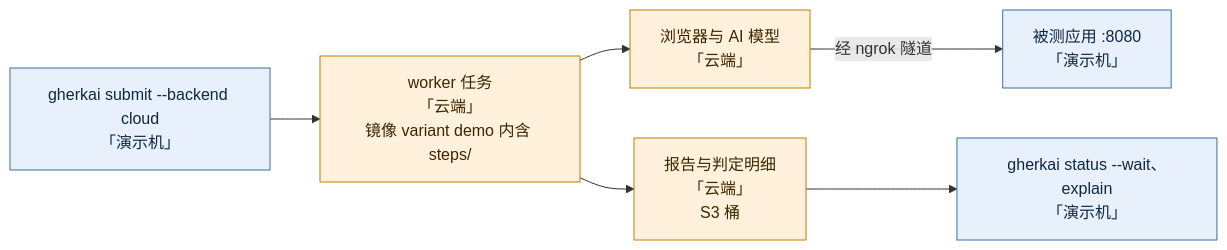
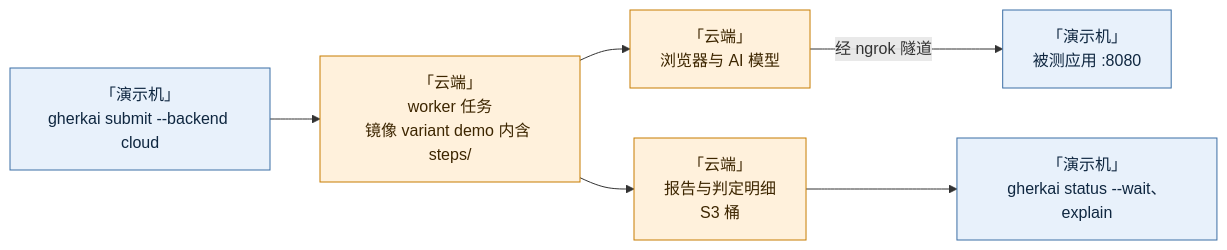
One commit to zhiyanliu/gherkai-webapp-demo changed the third of 3 diagrams in docs/demo-runbook.md. Above: the diagram before and after it, drawn with Mermaid. The commit also changed other lines of this file, not shown here.

Commit message:
runbook 环境图：位置标签挪到每个节点的第一行

````diff
--- a/docs/demo-runbook.md
+++ b/docs/demo-runbook.md
@@ -80,9 +80,9 @@
 ```mermaid
 flowchart LR
-    CLI["gherkai submit --backend cloud<br/>「演示机」"] --> WK["worker 任务<br/>「云端」<br/>镜像 variant demo 内含 steps/"] --> BR["浏览器与 AI 模型<br/>「云端」"] -- "经 ngrok 隧道" --> APP["被测应用 :8080<br/>「演示机」"]
-    WK --> S3["报告与判定明细<br/>「云端」<br/>S3 桶"] --> RD["gherkai status --wait、explain<br/>「演示机」"]
+    CLI["「演示机」<br/>gherkai submit --backend cloud"] --> WK["「云端」<br/>worker 任务<br/>镜像 variant demo 内含 steps/"] --> BR["「云端」<br/>浏览器与 AI 模型"] -- "经 ngrok 隧道" --> APP["「演示机」<br/>被测应用 :8080"]
+    WK --> S3["「云端」<br/>报告与判定明细<br/>S3 桶"] --> RD["「演示机」<br/>gherkai status --wait、explain"]
     classDef local fill:#e8f1fb,stroke:#3b6ea5,color:#0f2740
     classDef cloud fill:#fff1dc,stroke:#c77d00,color:#3d2600
     class CLI,APP,RD local
     class WK,BR,S3 cloud
 ```
````
